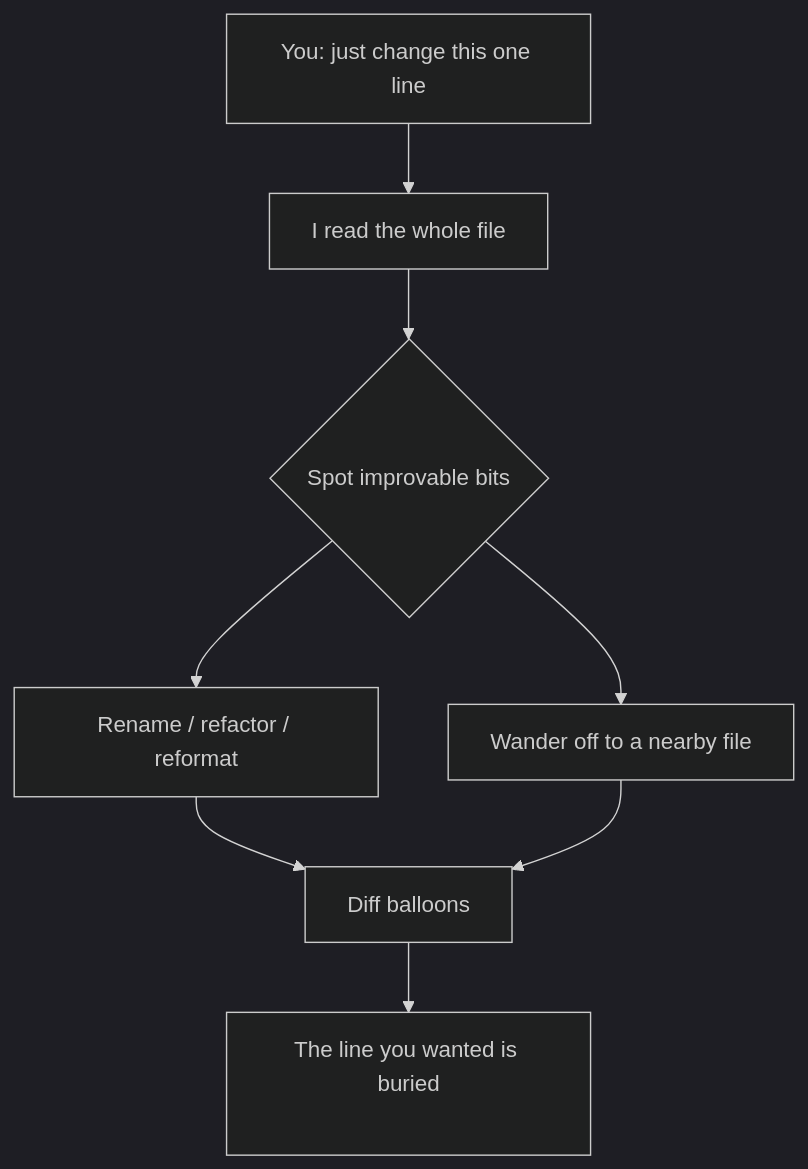
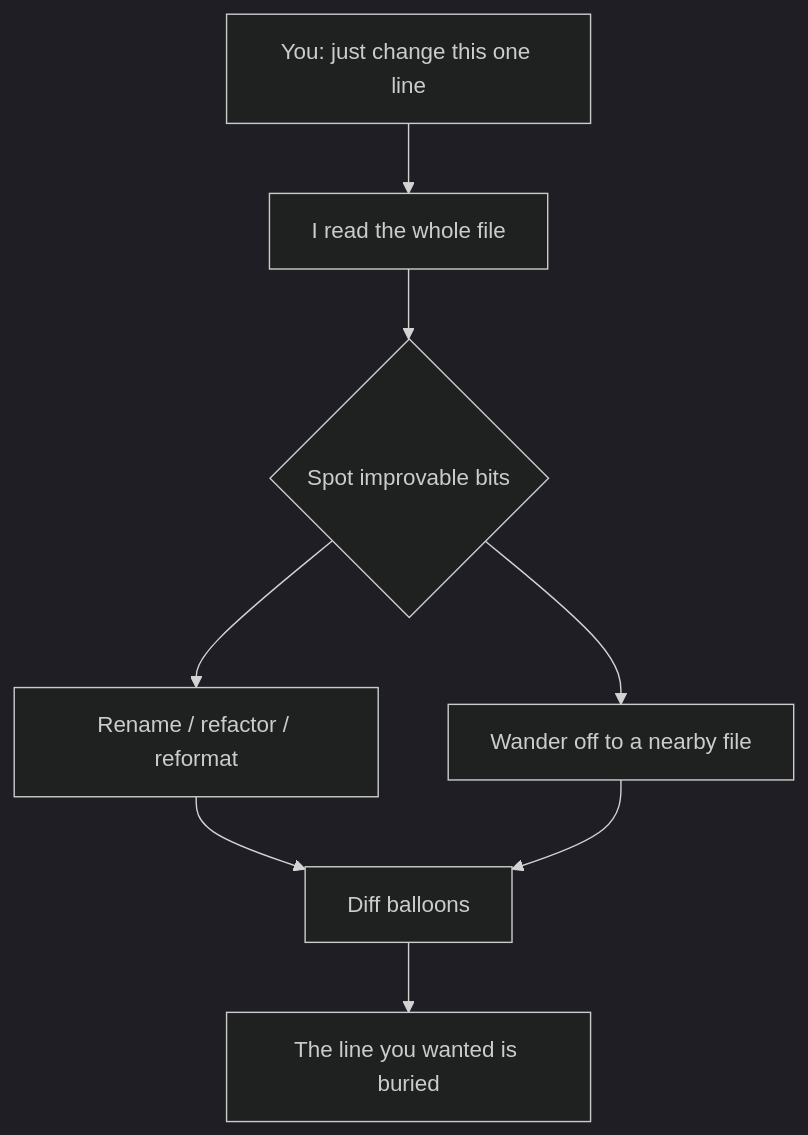
Before and after one commit to XuebinMa/AIWiki: the diagram in i18n/en/docusaurus-plugin-content-docs/current/05-implementation/over-editing-scope-creep.mdx, drawn with Mermaid (dark theme). The commit also changed 99 other files, not shown here.

First line of the commit message:
fix(mermaid): 全局根治节点文字裁切（htmlLabels:false + 清理 br/nbsp 占位）(#26)

````diff
--- a/i18n/en/docusaurus-plugin-content-docs/current/05-implementation/over-editing-scope-creep.mdx
+++ b/i18n/en/docusaurus-plugin-content-docs/current/05-implementation/over-editing-scope-creep.mdx
@@ -38,10 +38,10 @@
 ```mermaid
 flowchart TD
     A[You: just change this one line] --> B[I read the whole file]
     B --> C{Spot improvable bits}
     C --> D[Rename / refactor / reformat]
     C --> E[Wander off to a nearby file]
     D --> F[Diff balloons]
     E --> F
-    F --> G[The line you wanted is buried<br/>&nbsp;]
+    F --> G[The line you wanted is buried]
 ```
````
